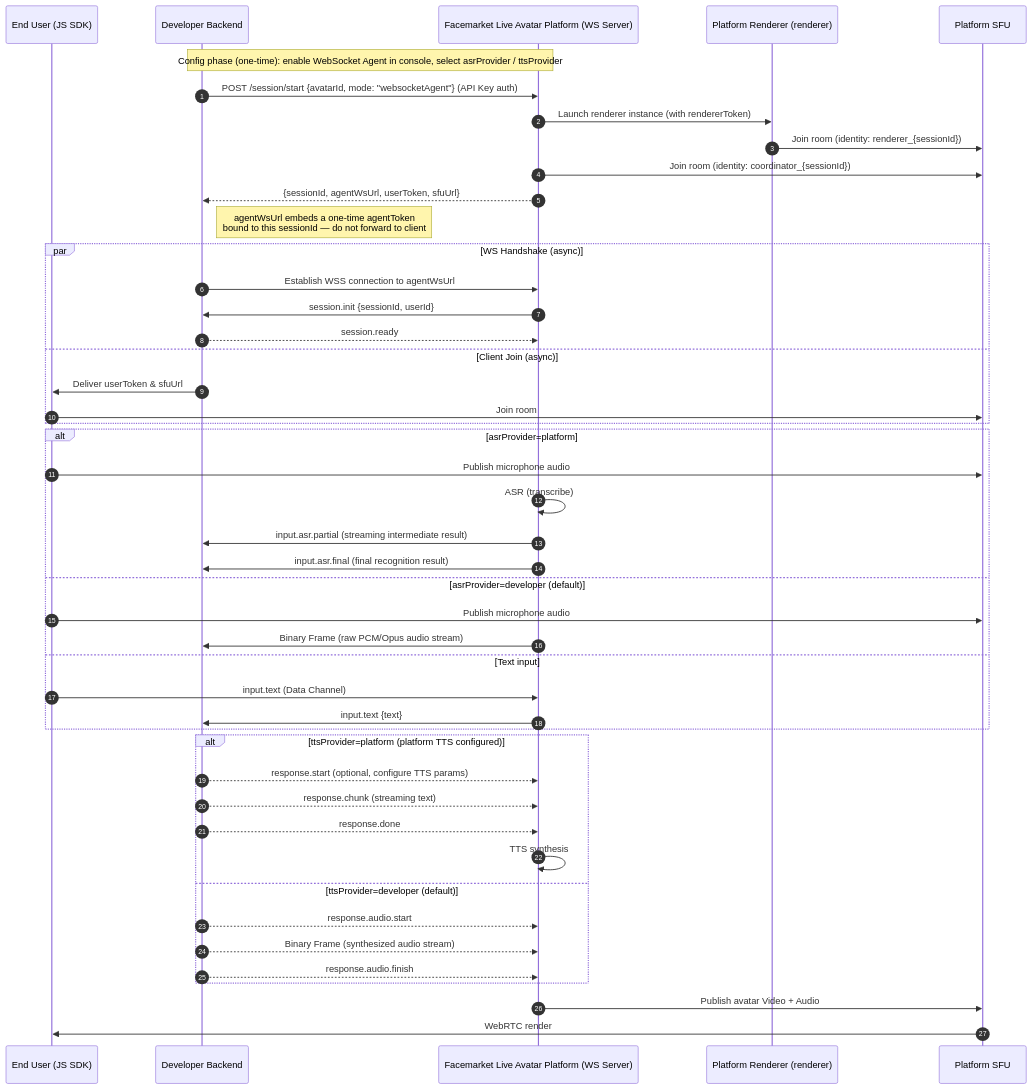
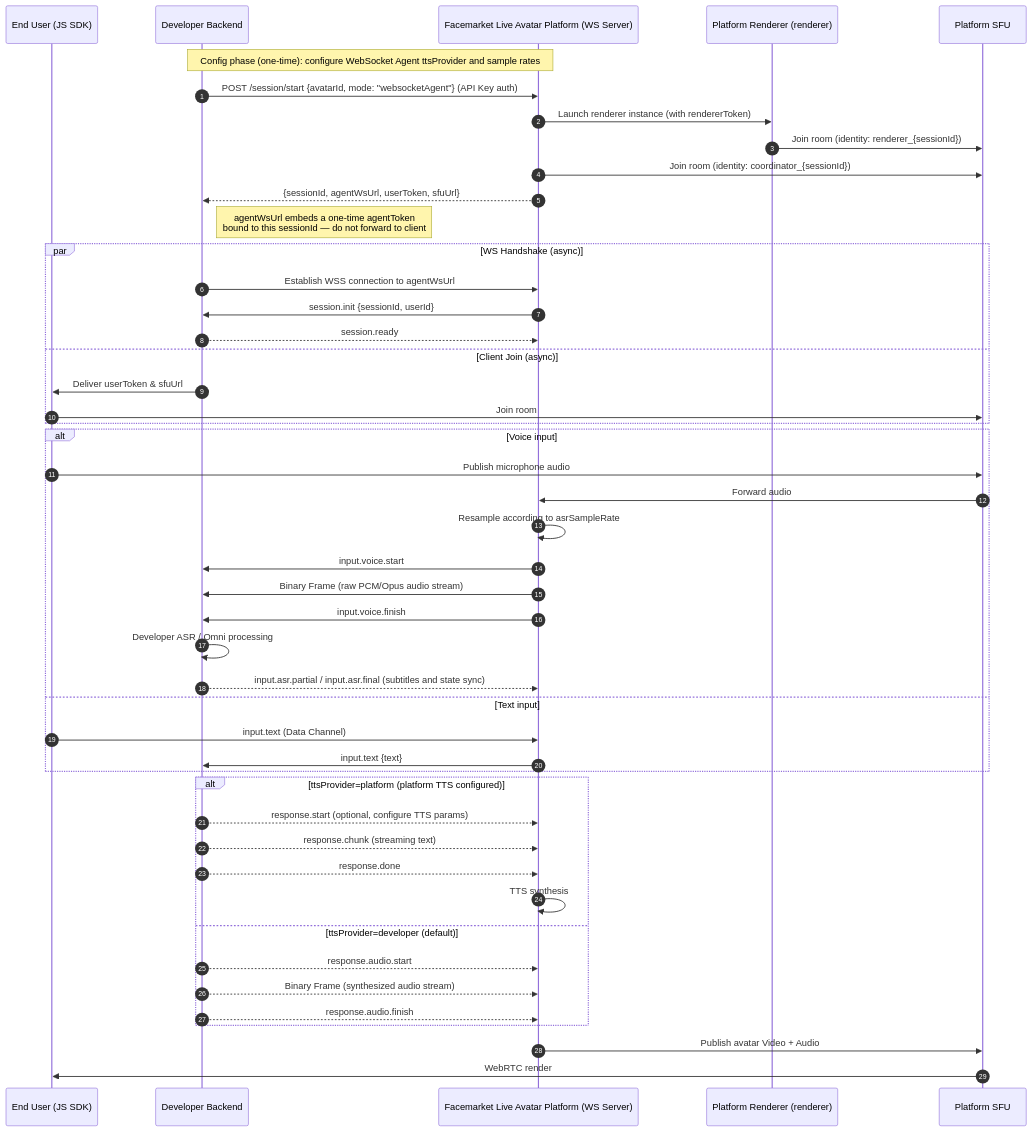
Before and after one commit to newportAI-lab/liveavatar-integration-guide: the first of 3 diagrams in Live Avatar Integration Guide.md, drawn with Mermaid. The commit also changed other lines of this file and 2 other files, not shown here.

````diff
--- a/Live Avatar Integration Guide.md
+++ b/Live Avatar Integration Guide.md
@@ -323,54 +324,55 @@
 ```mermaid
 sequenceDiagram
     autonumber
     participant Client as End User (JS SDK)
     participant Backend as Developer Backend
     participant Platform as Facemarket Live Avatar Platform (WS Server)
     participant Renderer as Platform Renderer (renderer)
     participant SFU as Platform SFU
 
-    Note over Backend, Platform: Config phase (one-time): enable WebSocket Agent in console, select asrProvider / ttsProvider
+    Note over Backend, Platform: Config phase (one-time): configure WebSocket Agent ttsProvider and sample rates
 
     Backend->>Platform: POST /session/start {avatarId, mode: "websocketAgent"} (API Key auth)
     Platform->>Renderer: Launch renderer instance (with rendererToken)
     Renderer->>SFU: Join room (identity: renderer_{sessionId})
     Platform->>SFU: Join room (identity: coordinator_{sessionId})
     Platform-->>Backend: {sessionId, agentWsUrl, userToken, sfuUrl}
     Note right of Backend: agentWsUrl embeds a one-time agentToken<br/>bound to this sessionId — do not forward to client
 
     par WS Handshake (async)
         Backend->>Platform: Establish WSS connection to agentWsUrl
         Platform->>Backend: session.init {sessionId, userId}
         Backend-->>Platform: session.ready
     and Client Join (async)
         Backend->>Client: Deliver userToken & sfuUrl
         Client->>SFU: Join room
     end
 
-    alt asrProvider=platform
+    alt Voice input
         Client->>SFU: Publish microphone audio
-        Platform->>Platform: ASR (transcribe)
-        Platform->>Backend: input.asr.partial (streaming intermediate result)
-        Platform->>Backend: input.asr.final (final recognition result)
-    else asrProvider=developer (default)
-        Client->>SFU: Publish microphone audio
+        SFU->>Platform: Forward audio
+        Platform->>Platform: Resample according to asrSampleRate
+        Platform->>Backend: input.voice.start
         Platform->>Backend: Binary Frame (raw PCM/Opus audio stream)
+        Platform->>Backend: input.voice.finish
+        Backend->>Backend: Developer ASR / Omni processing
+        Backend-->>Platform: input.asr.partial / input.asr.final (subtitles and state sync)
     else Text input
         Client->>Platform: input.text (Data Channel)
         Platform->>Backend: input.text {text}
     end
 
     alt ttsProvider=platform (platform TTS configured)
         Backend-->>Platform: response.start (optional, configure TTS params)
         Backend-->>Platform: response.chunk (streaming text)
         Backend-->>Platform: response.done
         Platform->>Platform: TTS synthesis
     else ttsProvider=developer (default)
         Backend-->>Platform: response.audio.start
         Backend-->>Platform: Binary Frame (synthesized audio stream)
         Backend-->>Platform: response.audio.finish
     end
 
     Platform->>SFU: Publish avatar Video + Audio
     SFU->>Client: WebRTC render
 ```
````
